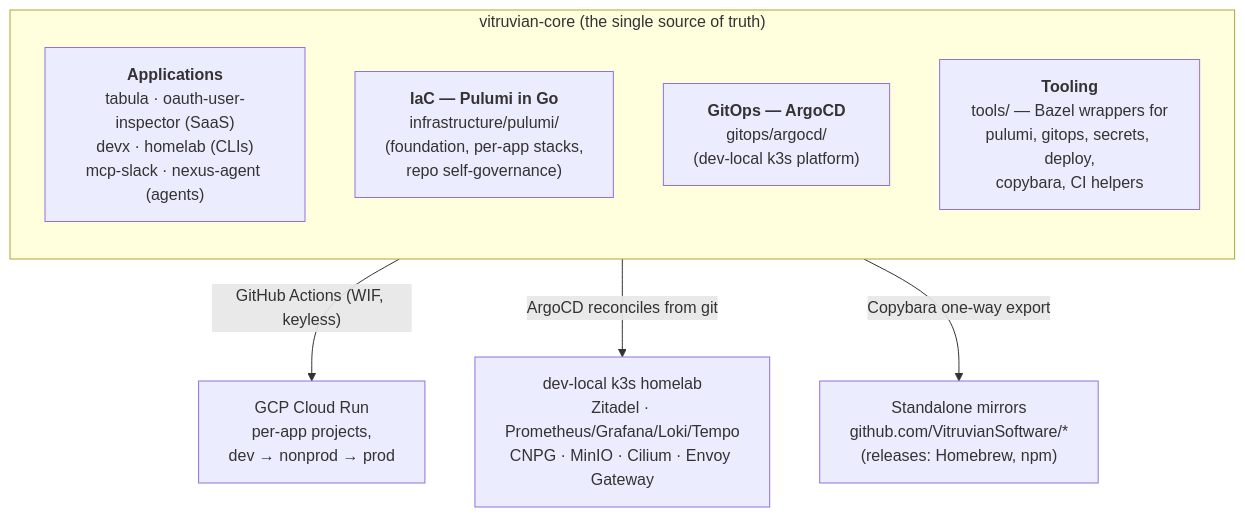
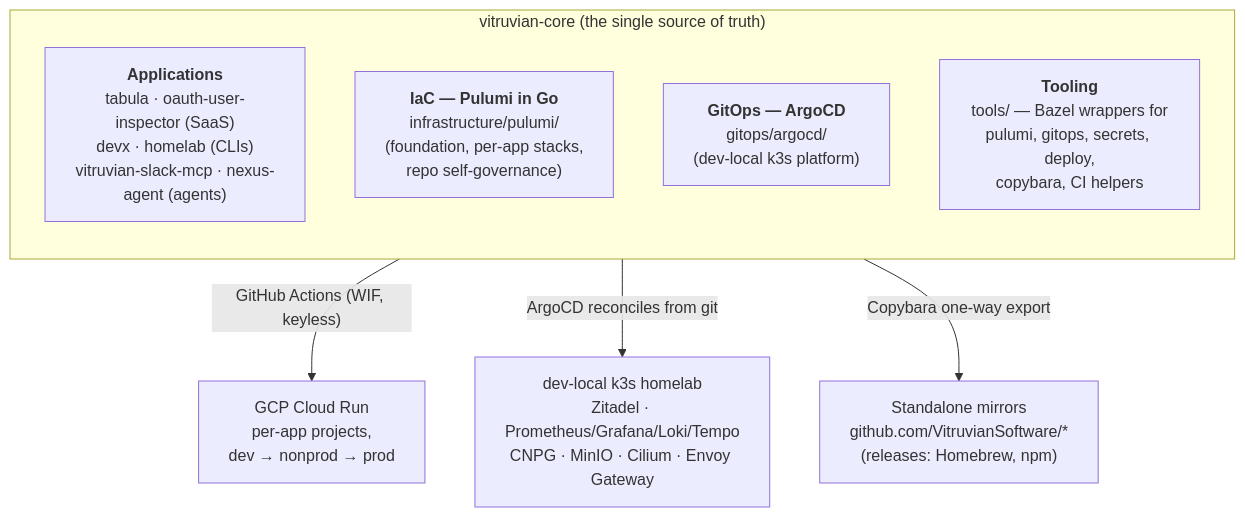
One commit to VitruvianSoftware/vitruvian-core changed the diagram in docs/README.md. Above: the diagram before and after it, drawn with Mermaid. The commit also changed 108 other files, not shown here.

Commit message:
refactor(relay): rename Relay, Slack MCP and Roborock MCP to Vitruvian names

````diff
--- a/docs/README.md
+++ b/docs/README.md
@@ -25,14 +25,14 @@
 ```mermaid
 flowchart TB
     subgraph repo["vitruvian-core (the single source of truth)"]
         direction TB
-        apps["<b>Applications</b><br/>tabula · oauth-user-inspector (SaaS)<br/>devx · homelab (CLIs)<br/>mcp-slack · nexus-agent (agents)"]
+        apps["<b>Applications</b><br/>tabula · oauth-user-inspector (SaaS)<br/>devx · homelab (CLIs)<br/>vitruvian-slack-mcp · nexus-agent (agents)"]
         iac["<b>IaC — Pulumi in Go</b><br/>infrastructure/pulumi/<br/>(foundation, per-app stacks,<br/>repo self-governance)"]
         gitops["<b>GitOps — ArgoCD</b><br/>gitops/argocd/<br/>(dev-local k3s platform)"]
         tools["<b>Tooling</b><br/>tools/ — Bazel wrappers for<br/>pulumi, gitops, secrets, deploy,<br/>copybara, CI helpers"]
     end
 
     repo -->|"GitHub Actions (WIF, keyless)"| gcp["GCP Cloud Run<br/>per-app projects,<br/>dev → nonprod → prod"]
     repo -->|"ArgoCD reconciles from git"| k3s["dev-local k3s homelab<br/>Zitadel · Prometheus/Grafana/Loki/Tempo<br/>CNPG · MinIO · Cilium · Envoy Gateway"]
     repo -->|"Copybara one-way export"| mirrors["Standalone mirrors<br/>github.com/VitruvianSoftware/*<br/>(releases: Homebrew, npm)"]
 ```
````
